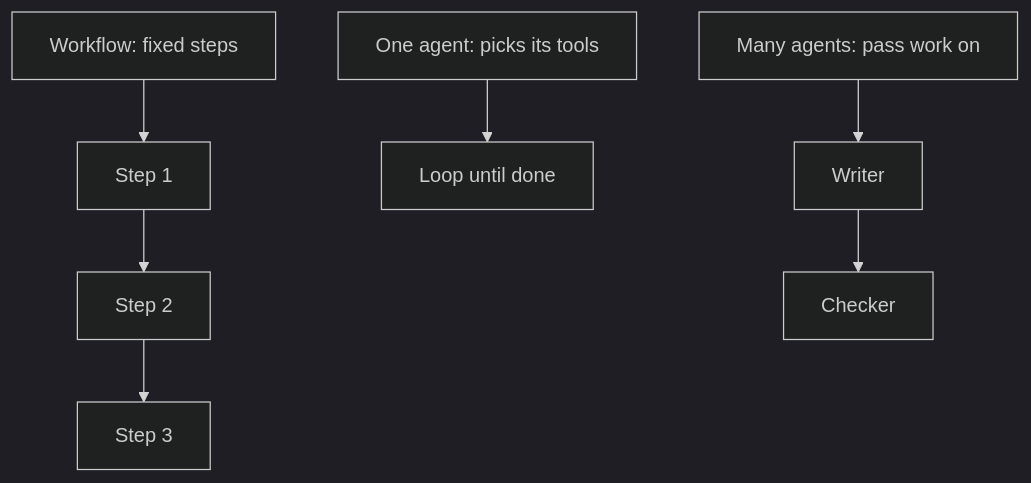
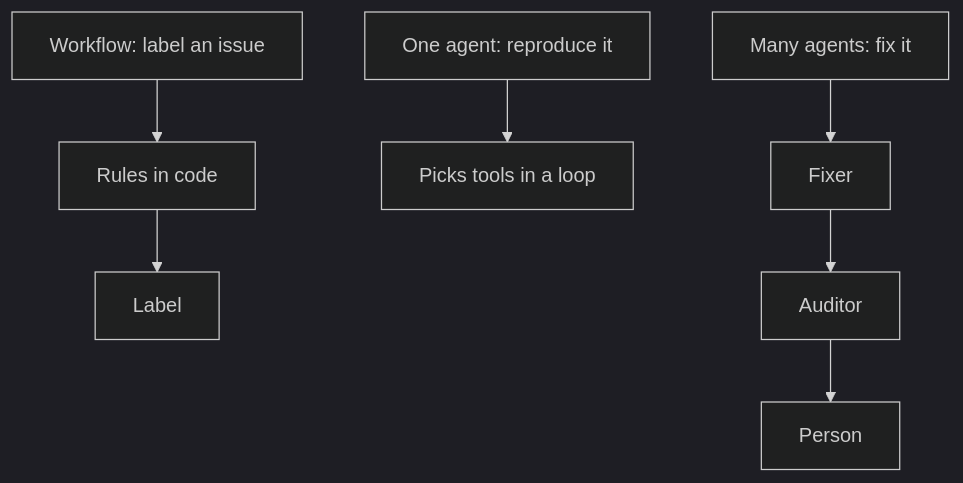
The diagram in docs/labs/04-shapes.md (learnwithparam/agentic-ai-live-labs), drawn with Mermaid (dark theme) before and after one commit. The commit also changed other lines of this file and 59 other files, not shown here.

````diff
--- a/docs/labs/04-shapes.md
+++ b/docs/labs/04-shapes.md
@@ -7,6 +7,6 @@
 ```mermaid
 flowchart TB
-  A1["Workflow: fixed steps"] --> A2["Step 1"] --> A3["Step 2"] --> A4["Step 3"]
-  B1["One agent: picks its tools"] --> B2["Loop until done"]
-  C1["Many agents: pass work on"] --> C2["Writer"] --> C3["Checker"]
+  A1["Workflow: label an issue"] --> A2["Rules in code"] --> A3["Label"]
+  B1["One agent: reproduce it"] --> B2["Picks tools in a loop"]
+  C1["Many agents: fix it"] --> C2["Fixer"] --> C3["Auditor"] --> C4["Person"]
 ```
````
